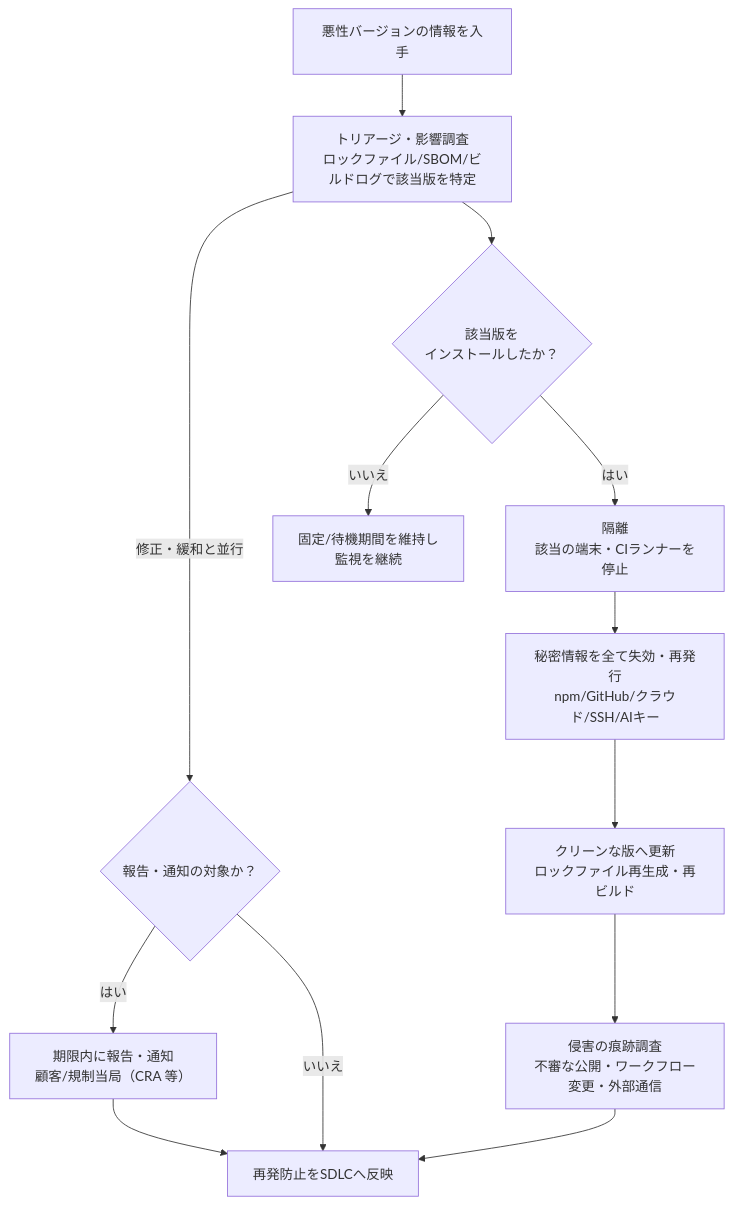
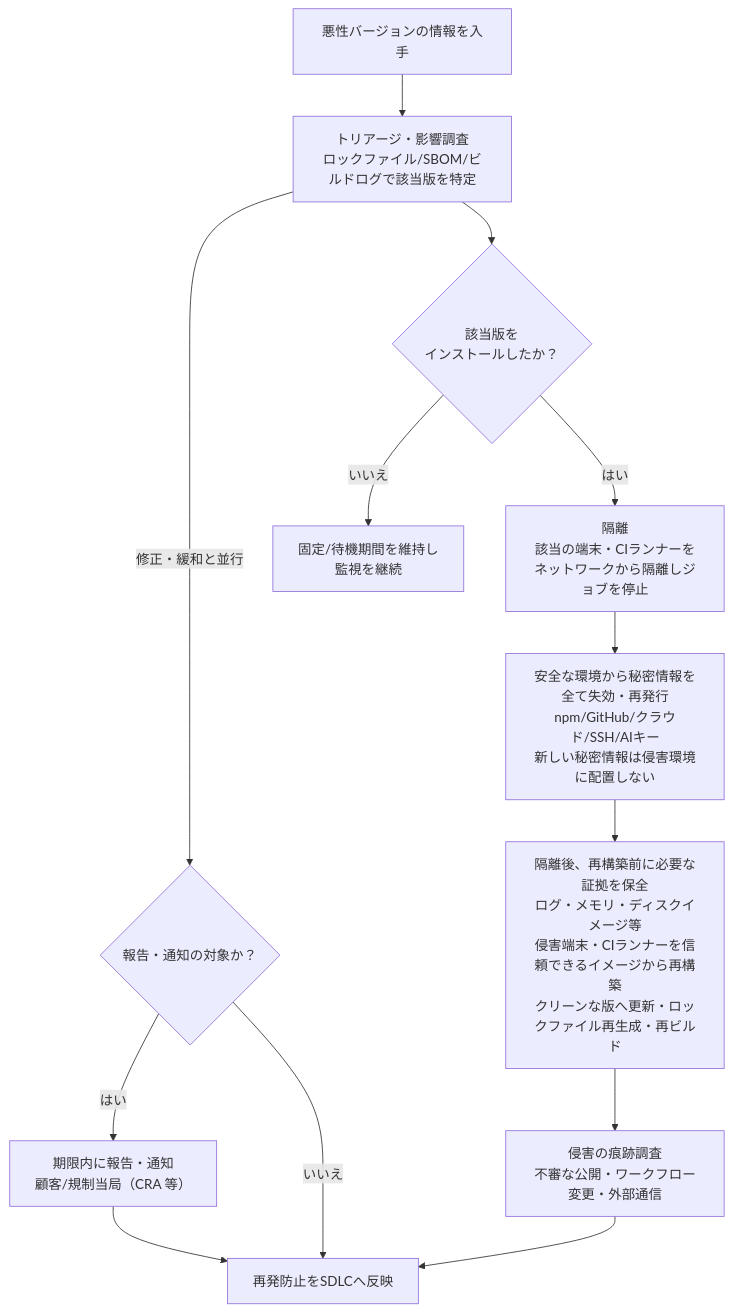
Before and after one commit to myoshi2891/Security_Studies: the ninth of 11 diagrams in Software-security-complete-guide-2026-11.md, drawn with Mermaid. The commit also changed other lines of this file, not shown here.

Commit message:
docs(supply-chain): サプライチェーンインシデント対応フローの隔離・秘密情報失効・証拠保全手順を精緻化
CISA インシデント対応プレイブック（Eradication & Recovery）を参照し、ネットワーク隔離、安全な環境からの秘密情報失効・再発行、信頼できるイメージからの再構築前の証拠保全手順を追加

````diff
--- a/Software-security-complete-guide-2026-11.md
+++ b/Software-security-complete-guide-2026-11.md
@@ -769,15 +769,15 @@
 ```mermaid
 flowchart TD
     A["悪性バージョンの情報を入手"] --> B["トリアージ・影響調査<br/>ロックファイル/SBOM/ビルドログで該当版を特定"]
     B -- "修正・緩和と並行" --> RP{"報告・通知の対象か？"}
     RP -- "はい" --> I["期限内に報告・通知<br/>顧客/規制当局（CRA 等）"]
     RP -- "いいえ" --> J
     B --> C{"該当版を<br/>インストールしたか？"}
     C -- "いいえ" --> D["固定/待機期間を維持し<br/>監視を継続"]
-    C -- "はい" --> E["隔離<br/>該当の端末・CIランナーを停止"]
-    E --> F["秘密情報を全て失効・再発行<br/>npm/GitHub/クラウド/SSH/AIキー"]
-    F --> G["クリーンな版へ更新<br/>ロックファイル再生成・再ビルド"]
+    C -- "はい" --> E["隔離<br/>該当の端末・CIランナーをネットワークから隔離しジョブを停止"]
+    E --> F["安全な環境から秘密情報を全て失効・再発行<br/>npm/GitHub/クラウド/SSH/AIキー<br/>新しい秘密情報は侵害環境に配置しない"]
+    F --> G["隔離後、再構築前に必要な証拠を保全<br/>ログ・メモリ・ディスクイメージ等<br/>侵害端末・CIランナーを信頼できるイメージから再構築<br/>クリーンな版へ更新・ロックファイル再生成・再ビルド"]
     G --> H["侵害の痕跡調査<br/>不審な公開・ワークフロー変更・外部通信"]
     H --> J
     I --> J["再発防止をSDLCへ反映"]
 ```
````
